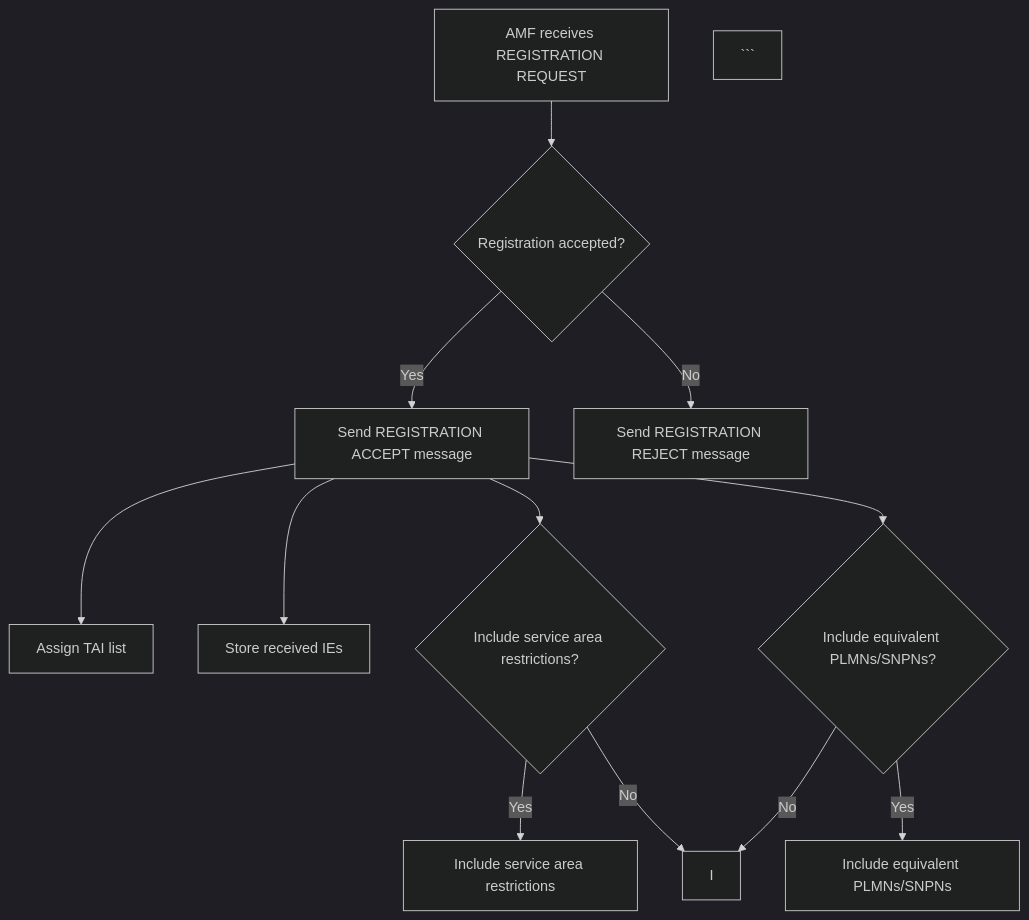
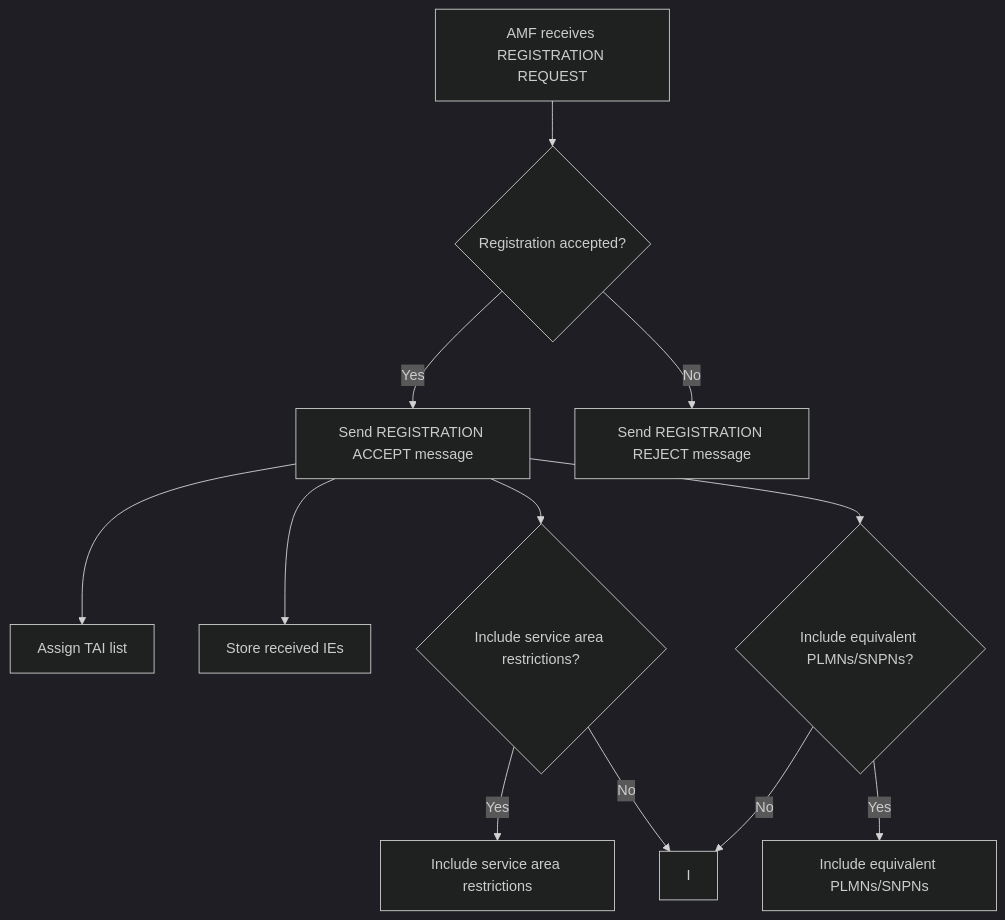
The diagram in forSubpro/subpro-flow/subpro-3.mmd (3gpp-chatbox/backend), drawn with Mermaid (dark theme) before and after one commit.

Commit message:
no changes

````diff
--- a/forSubpro/subpro-flow/subpro-3.mmd
+++ b/forSubpro/subpro-flow/subpro-3.mmd
@@ -1,22 +1,20 @@
 %% **Sub-Procedure 3: 5.5.1.2.4 Initial registration accepted by the network**
 
 %% * **Key Information:** If the initial registration request is accepted, the AMF sends a REGISTRATION ACCEPT message.  The AMF handles restrictions differently for emergency registrations.  The AMF assigns and includes a TAI list, storing received information elements (5GMM capability, S1 UE network capability, UE security capability).  The AMF may include service area restrictions, equivalent PLMNs, or equivalent SNPNs (depending on the registration type).
 
 
 %% * **Mermaid Flowchart:**
 
 %% ```mermaid
 graph TD
     A["AMF receives REGISTRATION REQUEST"] --> B{Registration accepted?};
     B -- Yes --> C["Send REGISTRATION ACCEPT message"];
     B -- No --> D["Send REGISTRATION REJECT message"];
     C --> E["Assign TAI list"];
     C --> F["Store received IEs"];
     C --> G{Include service area restrictions?};
     G -- Yes --> H["Include service area restrictions"];
     G -- No --> I;
     C --> J{Include equivalent PLMNs/SNPNs?};
     J -- Yes --> K["Include equivalent PLMNs/SNPNs"];
     J -- No --> I;
-
-```
````
